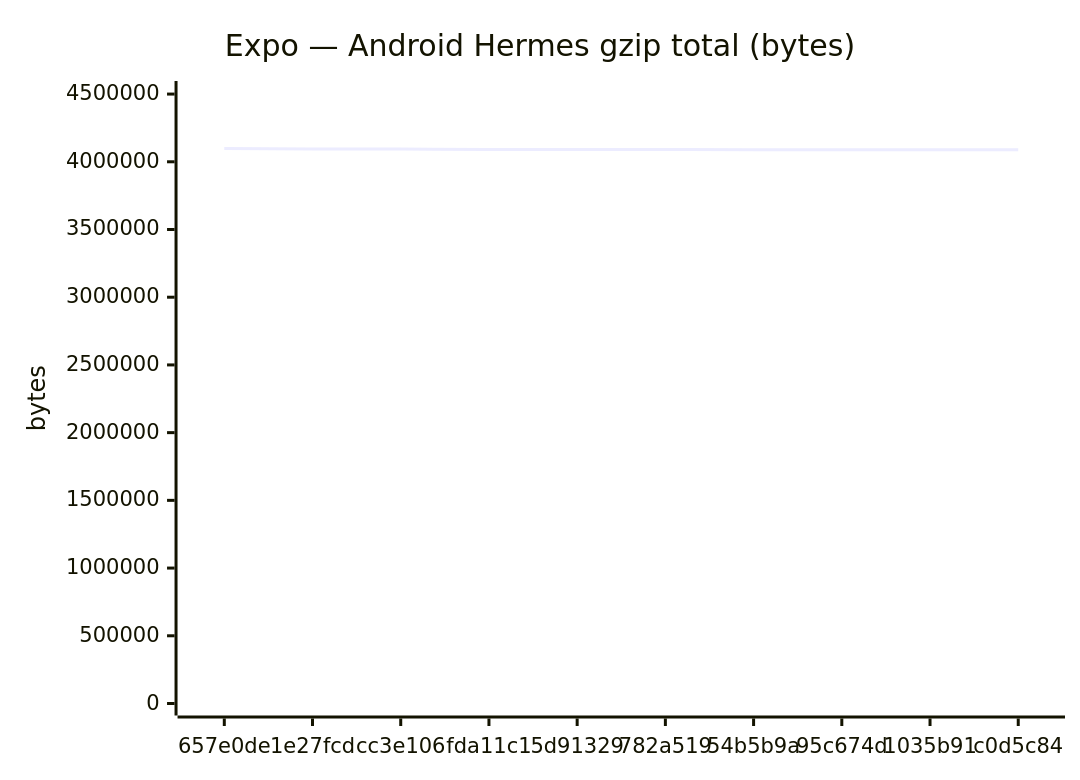
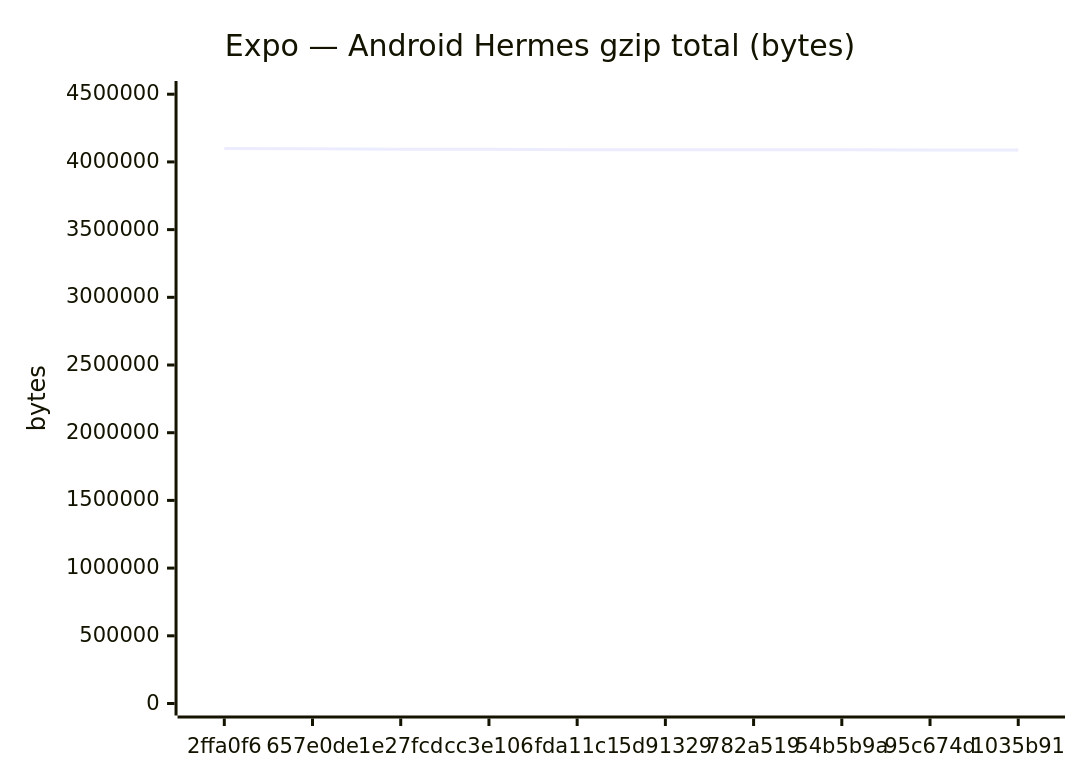
The fifth of 18 diagrams in benchmarks/compare.md (Metaheurist/Rianell), drawn with Mermaid before and after one commit. The commit also changed other lines of this file and 11 other files, not shown here.

````diff
--- a/benchmarks/compare.md
+++ b/benchmarks/compare.md
@@ -89,7 +89,7 @@
 ```mermaid
 xychart-beta
     title "Expo — Android Hermes gzip total (bytes)"
-    x-axis ["657e0de", "1e27fcd", "cc3e106", "fda11c1", "5d91329", "782a519", "54b5b9a", "95c674d", "1035b91", "c0d5c84"]
-    y-axis "bytes" 0 --> 4507892
-    line [4098083, 4094465, 4094465, 4090789, 4090787, 4090360, 4089313, 4088814, 4088813, 4088813]
+    x-axis ["2ffa0f6", "657e0de", "1e27fcd", "cc3e106", "fda11c1", "5d91329", "782a519", "54b5b9a", "95c674d", "1035b91"]
+    y-axis "bytes" 0 --> 4509037
+    line [4099124, 4098083, 4094465, 4094465, 4090789, 4090787, 4090360, 4089313, 4088814, 4088813]
 ```
````
